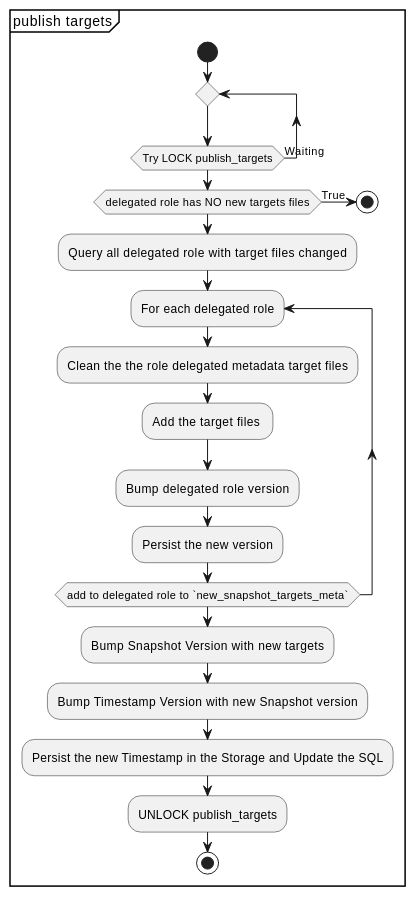
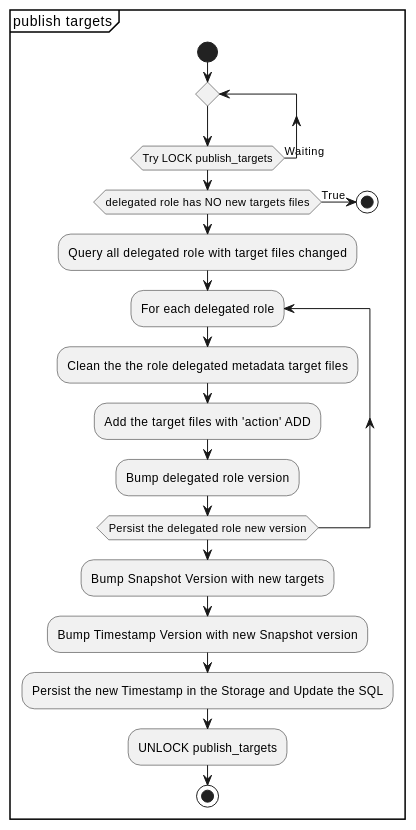
One commit to repository-service-tuf/repository-service-tuf-worker changed the second of 2 diagrams in docs/source/devel/index.rst. Above: the diagram before and after it, drawn with PlantUML. The commit also changed other lines of this file, not shown here.

First line of the commit message:
Add explanation about synchronization SQL/Role

```diff
--- a/docs/source/devel/index.rst
+++ b/docs/source/devel/index.rst
@@ -112,25 +119,24 @@
 .. uml::
 
    @startuml
       partition "publish targets" {
          start
          repeat
          repeat while (Try LOCK publish_targets) is (Waiting)
          if (delegated role has NO new targets files) then (True)
             stop
          else
             :Query all delegated role with target files changed;
             repeat :For each delegated role;
                :Clean the the role delegated metadata target files;
-               :Add the target files ;
+               :Add the target files with 'action' ADD;
                :Bump delegated role version;
-               :Persist the new version;
-            repeat while (add to delegated role to `new_snapshot_targets_meta`)
+            repeat while (Persist the delegated role new version)
             :Bump Snapshot Version with new targets;
             :Bump Timestamp Version with new Snapshot version;
             :Persist the new Timestamp in the Storage and Update the SQL;
             :UNLOCK publish_targets;
          stop
          endif
       }
     @enduml
```
